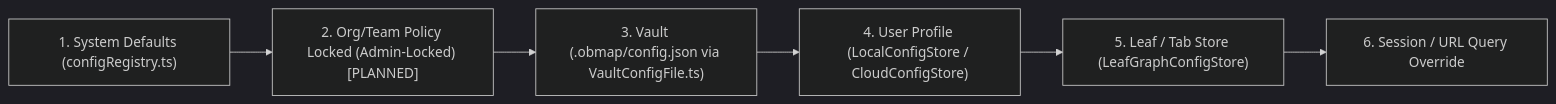
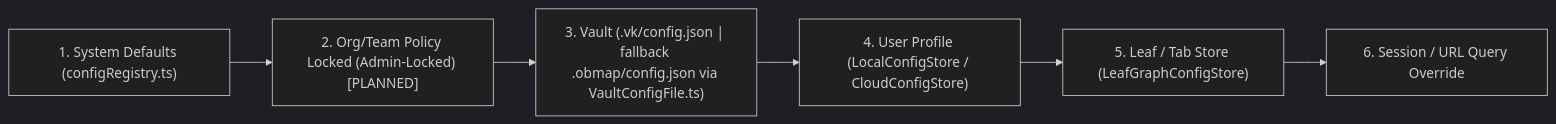
Before and after one commit to mjd-code/obmap-meed: the diagram in docs/03-architecture/data-and-storage.md, drawn with Mermaid (dark theme). The commit also changed other lines of this file and 219 other files, not shown here.

````diff
--- a/docs/03-architecture/data-and-storage.md
+++ b/docs/03-architecture/data-and-storage.md
@@ -56,8 +57,8 @@
 ```mermaid
 flowchart LR
     L1["1. System Defaults (configRegistry.ts)"] --> L2["2. Org/Team Policy Locked (Admin-Locked) [PLANNED]"]
-    L2 --> L3["3. Vault (.obmap/config.json via VaultConfigFile.ts)"]
+    L2 --> L3["3. Vault (.vk/config.json | fallback .obmap/config.json via VaultConfigFile.ts)"]
     L3 --> L4["4. User Profile (LocalConfigStore / CloudConfigStore)"]
     L4 --> L5["5. Leaf / Tab Store (LeafGraphConfigStore)"]
     L5 --> L6["6. Session / URL Query Override"]
 ```
````
